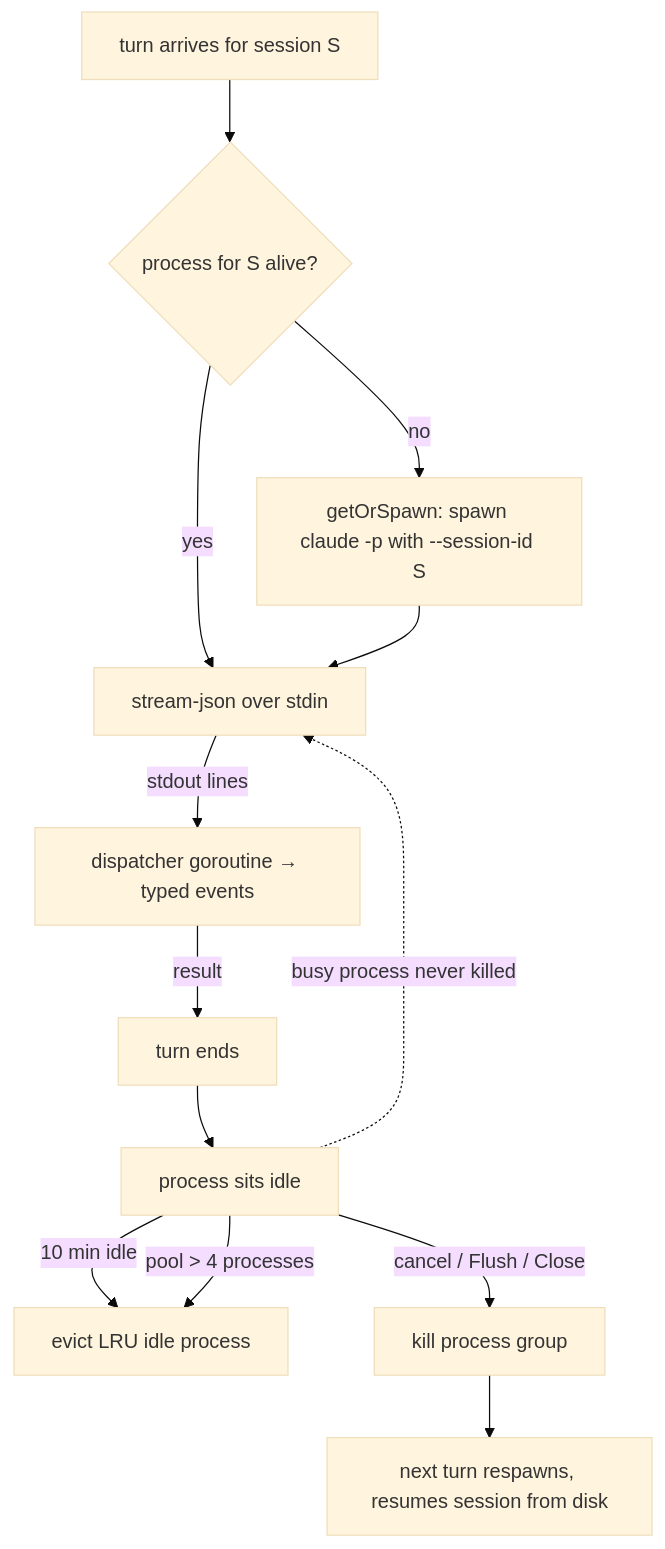
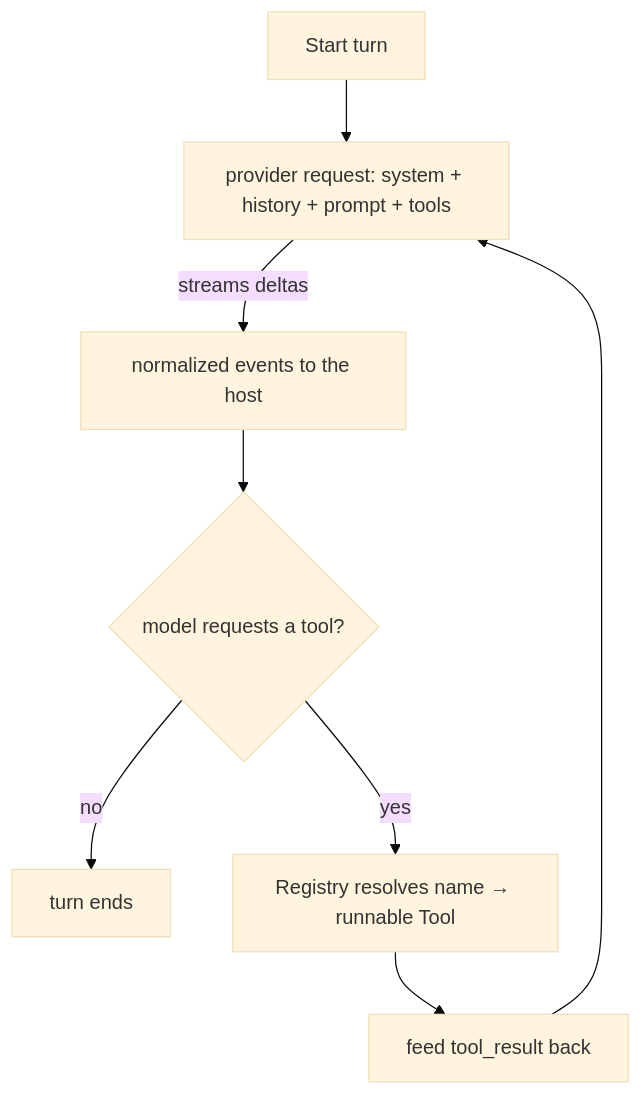
The diagram in docs/components.md (shiv-source/thoth), drawn with Mermaid (base theme) before and after one commit. The commit also changed other lines of this file and 15 other files, not shown here.

````diff
--- a/docs/components.md
+++ b/docs/components.md
@@ -40,15 +34,10 @@
 ```mermaid
 flowchart TB
-    S[turn arrives for session S] --> G{process for S alive?}
-    G -->|yes| P[stream-json over stdin]
-    G -->|no| SP[getOrSpawn: spawn claude -p with --session-id S]
-    SP --> P
-    P -->|stdout lines| EV[dispatcher goroutine → typed events]
-    EV -->|result| DONE[turn ends]
-    DONE --> IDLE[process sits idle]
-    IDLE -->|10 min idle| EVICT[evict LRU idle process]
-    IDLE -->|pool > 4 processes| EVICT
-    IDLE -->|cancel / Flush / Close| KILL[kill process group]
-    KILL --> NEXT[next turn respawns, resumes session from disk]
-    IDLE -.->|busy process never killed| P
+    START[Start turn] --> REQ[provider request: system + history + prompt + tools]
+    REQ -->|streams deltas| EV[normalized events to the host]
+    EV --> TOOL{model requests a tool?}
+    TOOL -->|no| DONE[turn ends]
+    TOOL -->|yes| RUN[Registry resolves name → runnable Tool]
+    RUN --> RESULT[feed tool_result back]
+    RESULT --> REQ
 ```
````
